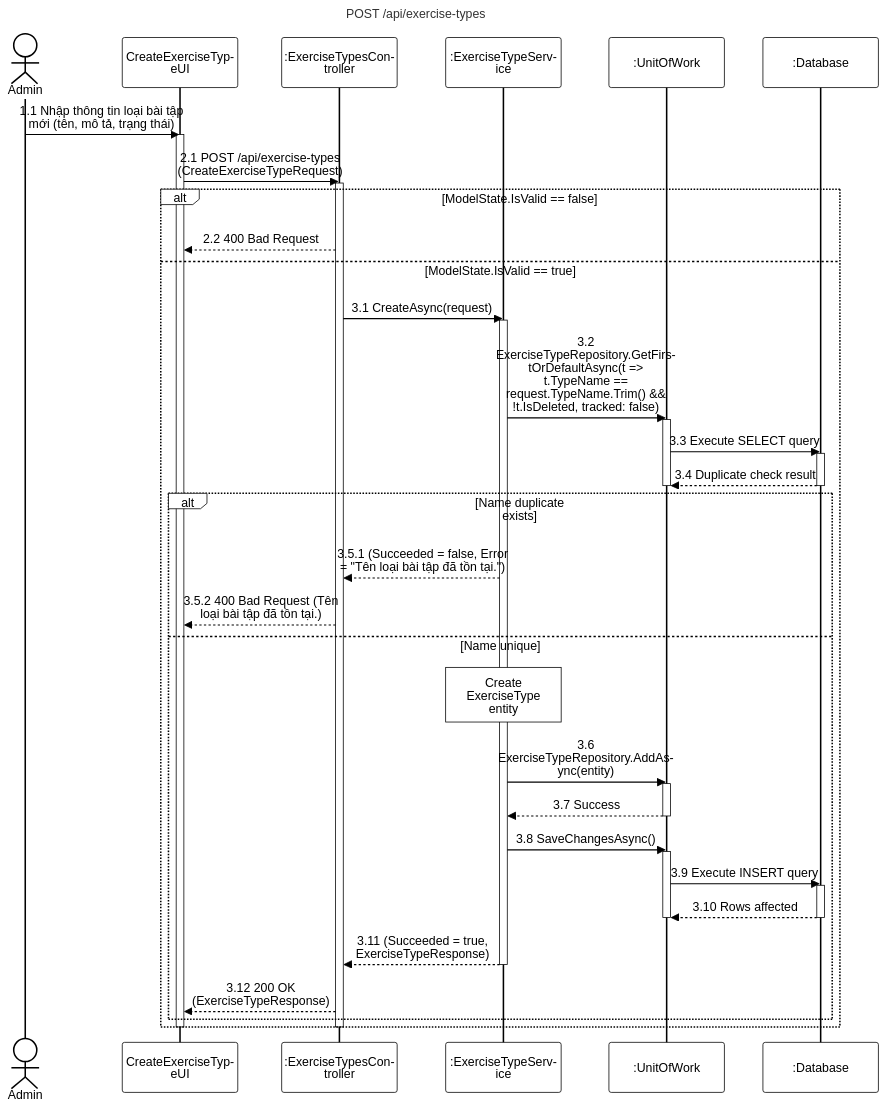
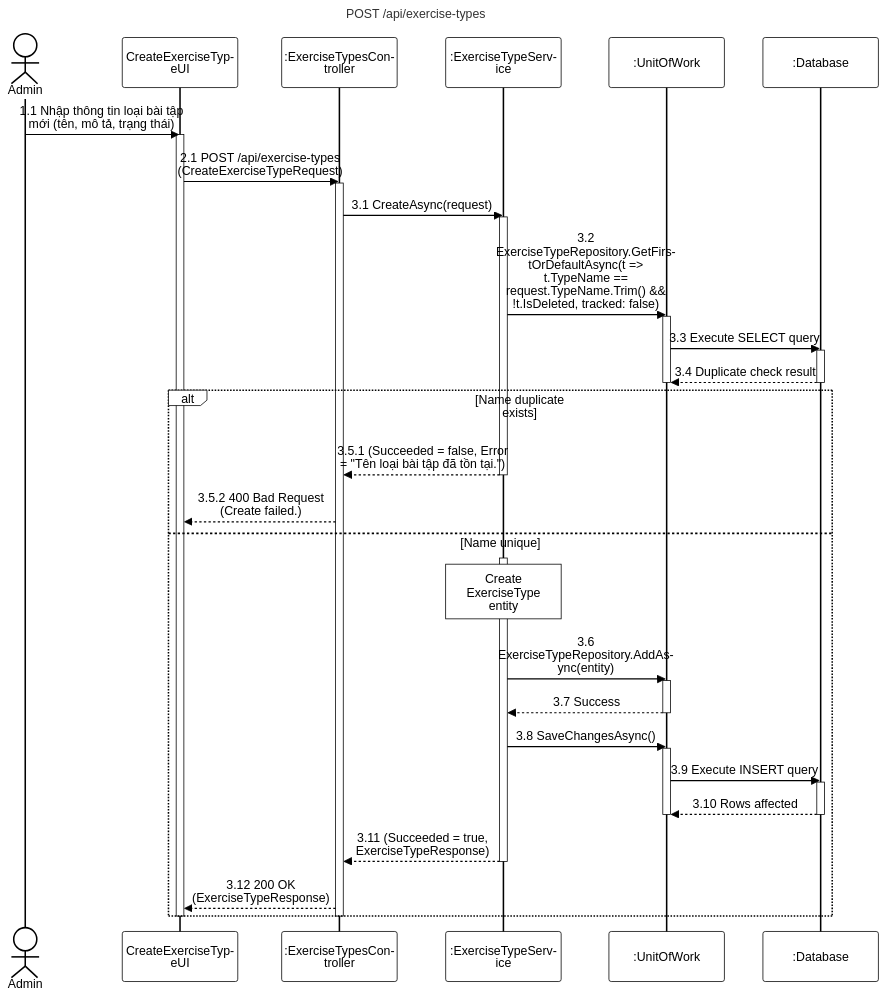
Before and after one commit to PhucAnDev/docx-diagram: the diagram in 05-exercise-question-management/sequence-diagram/apis/create-exercise-type.mmd, drawn with Mermaid. The commit also changed 5 other files, not shown here.

Commit message:
fix: update create-exercise-type.mmd, update-exercise-type.mmd, and delete-exercise-type.mmd with correct validations, error messages, and activations

```diff
--- a/05-exercise-question-management/sequence-diagram/apis/create-exercise-type.mmd
+++ b/05-exercise-question-management/sequence-diagram/apis/create-exercise-type.mmd
@@ -1,55 +1,53 @@
 %%{init: {'theme':'base', 'themeVariables': {'actorBkg':'#ffffff','actorBorder':'#000000','actorTextColor':'#000000','actorLineColor':'#000000','signalColor':'#000000','signalTextColor':'#000000','labelBoxBkgColor':'#ffffff','labelBoxBorderColor':'#000000','labelTextColor':'#000000','loopTextColor':'#000000','noteBkgColor':'#ffffff','noteBorderColor':'#000000','noteTextColor':'#000000','activationBorderColor':'#000000','activationBkgColor':'#ffffff','sequenceNumberColor':'#000000'}, 'sequence': {'width':150,'height':65,'actorFontSize':16,'messageFontSize':16,'wrap':true,'wrapPadding':10}}}%%
 sequenceDiagram
     title POST /api/exercise-types
     actor Admin as Admin
     participant UI as CreateExerciseTypeUI
     participant Endpoint as :ExerciseTypesController
     participant Service as :ExerciseTypeService
     participant DB as :UnitOfWork
     participant Database as :Database
 
     Admin->>UI: 1.1 Nhập thông tin loại bài tập mới (tên, mô tả, trạng thái)
     activate UI
     UI->>Endpoint: 2.1 POST /api/exercise-types (CreateExerciseTypeRequest)
     activate Endpoint
 
-    alt ModelState.IsValid == false
-        Endpoint-->>UI: 2.2 400 Bad Request
-    else ModelState.IsValid == true
-        Endpoint->>Service: 3.1 CreateAsync(request)
+    Endpoint->>Service: 3.1 CreateAsync(request)
+    activate Service
+
+    Service->>DB: 3.2 ExerciseTypeRepository.GetFirstOrDefaultAsync(t => t.TypeName == request.TypeName.Trim() && !t.IsDeleted, tracked: false)
+    activate DB
+    DB->>Database: 3.3 Execute SELECT query
+    activate Database
+    Database-->>DB: 3.4 Duplicate check result
+    deactivate Database
+    deactivate DB
+
+    alt Name duplicate exists
+        Service-->>Endpoint: 3.5.1 (Succeeded = false, Error = "Tên loại bài tập đã tồn tại.")
+        deactivate Service
+        Endpoint-->>UI: 3.5.2 400 Bad Request (Create failed.)
+    else Name unique
         activate Service
+        note over Service: Create ExerciseType entity
+        
+        Service->>DB: 3.6 ExerciseTypeRepository.AddAsync(entity)
+        activate DB
+        DB-->>Service: 3.7 Success
+        deactivate DB
 
-        Service->>DB: 3.2 ExerciseTypeRepository.GetFirstOrDefaultAsync(t => t.TypeName == request.TypeName.Trim() && !t.IsDeleted, tracked: false)
+        Service->>DB: 3.8 SaveChangesAsync()
         activate DB
-        DB->>Database: 3.3 Execute SELECT query
+        DB->>Database: 3.9 Execute INSERT query
         activate Database
-        Database-->>DB: 3.4 Duplicate check result
+        Database-->>DB: 3.10 Rows affected
         deactivate Database
         deactivate DB
 
-        alt Name duplicate exists
-            Service-->>Endpoint: 3.5.1 (Succeeded = false, Error = "Tên loại bài tập đã tồn tại.")
-            Endpoint-->>UI: 3.5.2 400 Bad Request (Tên loại bài tập đã tồn tại.)
-        else Name unique
-            note over Service: Create ExerciseType entity
-            
-            Service->>DB: 3.6 ExerciseTypeRepository.AddAsync(entity)
-            activate DB
-            DB-->>Service: 3.7 Success
-            deactivate DB
-
-            Service->>DB: 3.8 SaveChangesAsync()
-            activate DB
-            DB->>Database: 3.9 Execute INSERT query
-            activate Database
-            Database-->>DB: 3.10 Rows affected
-            deactivate Database
-            deactivate DB
-
-            Service-->>Endpoint: 3.11 (Succeeded = true, ExerciseTypeResponse)
-            deactivate Service
-            Endpoint-->>UI: 3.12 200 OK (ExerciseTypeResponse)
-        end
+        Service-->>Endpoint: 3.11 (Succeeded = true, ExerciseTypeResponse)
+        deactivate Service
+        Endpoint-->>UI: 3.12 200 OK (ExerciseTypeResponse)
     end
     deactivate Endpoint
     deactivate UI
```
